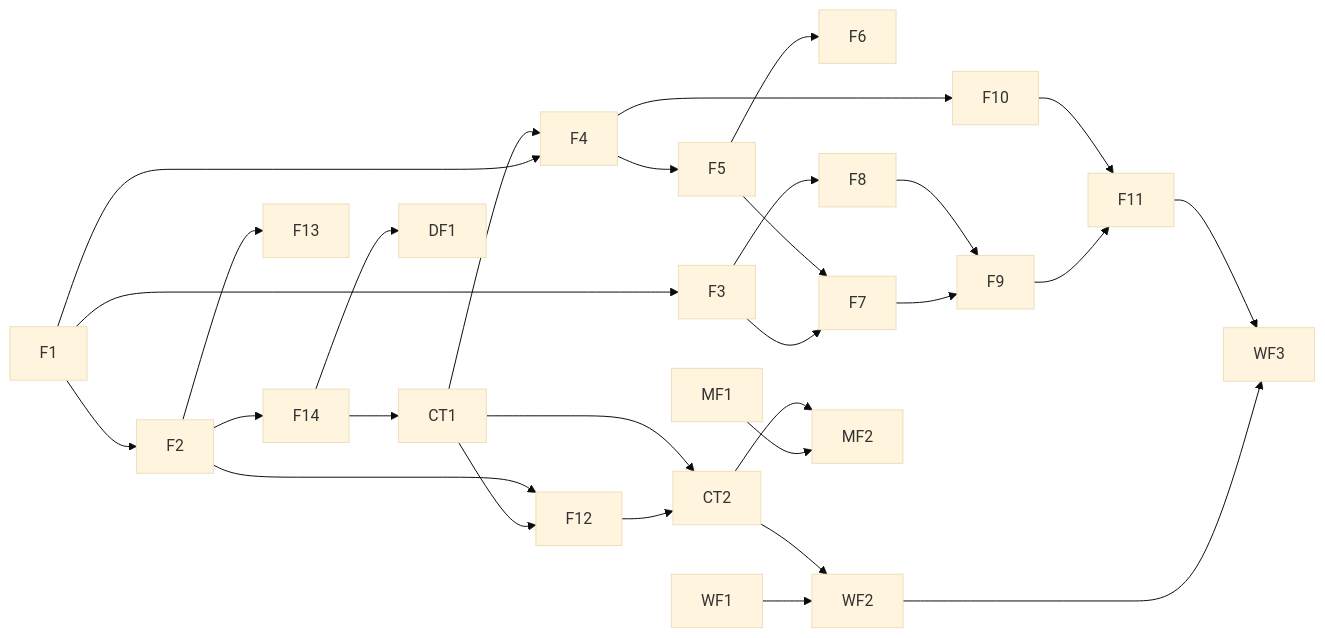
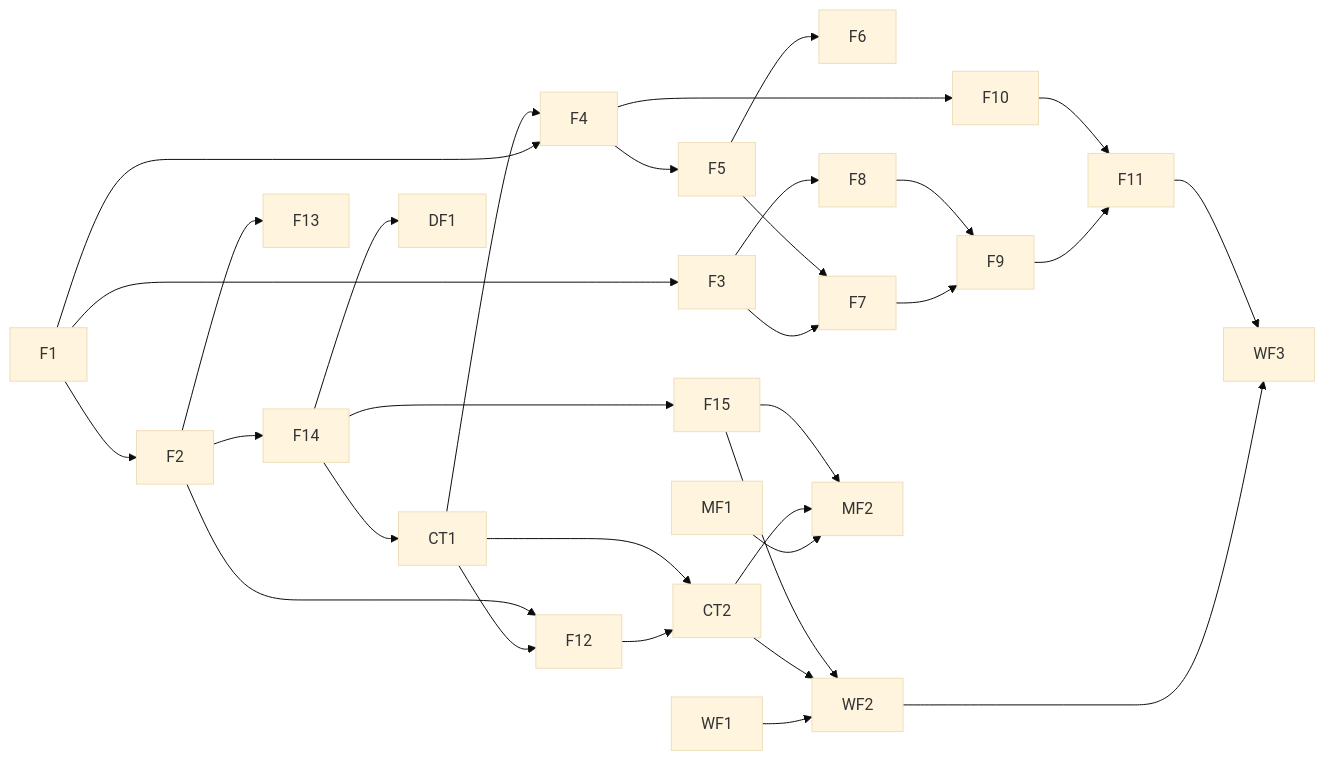
Before and after one commit to huynguyennang-agilityio/tripmate-docs: the third of 3 diagrams in docs/specs/epic-11/spec.md, drawn with Mermaid (base theme). The commit also changed other lines of this file, not shown here.

````diff
--- a/docs/specs/epic-11/spec.md
+++ b/docs/specs/epic-11/spec.md
@@ -462,27 +464,30 @@
 ```mermaid
 flowchart LR
     F1 --> F2 --> F14
     F2 --> F13
+    F14 --> F15
     F14 --> CT1
     F14 --> DF1
     F1 --> F3
     F1 --> F4 --> F5 --> F6
     F3 --> F7
     F5 --> F7
     F3 --> F8
     F7 --> F9
     F8 --> F9
     F4 --> F10
     F9 --> F11
     F10 --> F11
     CT1 --> F4
     CT1 --> F12
     F2 --> F12 --> CT2
     CT1 --> CT2
     WF1 --> WF2
     CT2 --> WF2
+    F15 --> WF2
     WF2 --> WF3
     F11 --> WF3
     MF1 --> MF2
     CT2 --> MF2
+    F15 --> MF2
 ```
````
